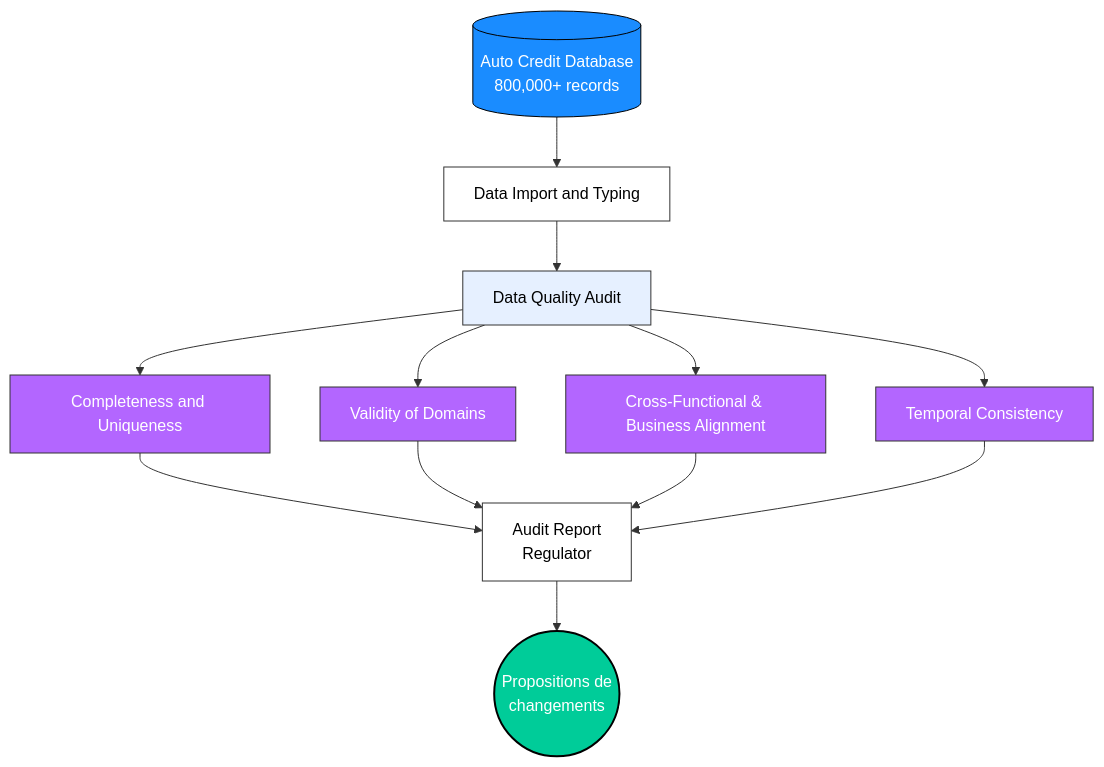
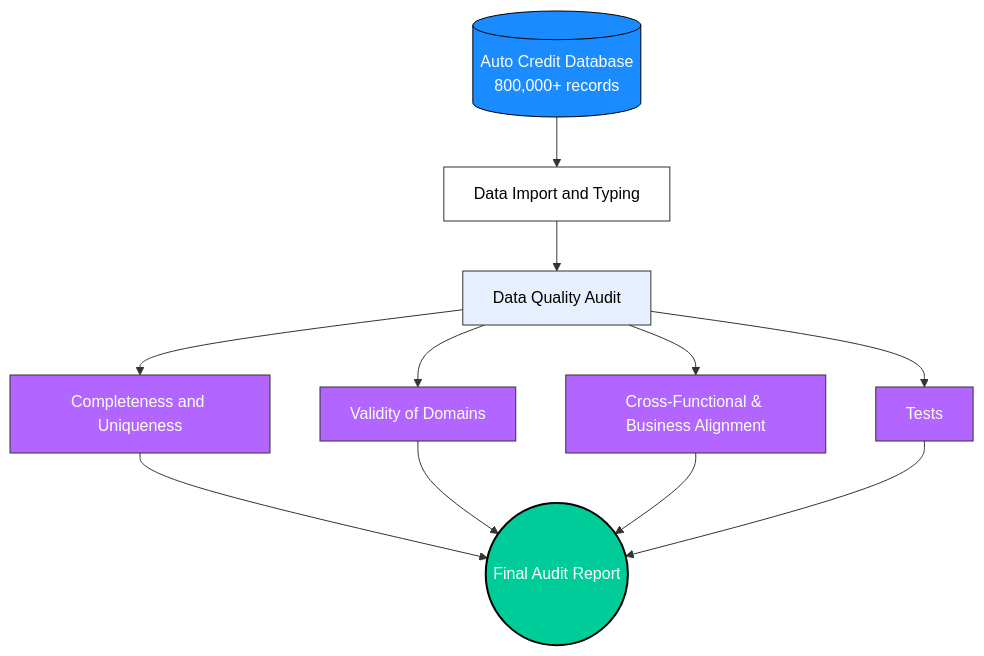
The diagram in README.md (EnzoL987/Credit_Auto_Data_Quality_Audit_Econ), drawn with Mermaid before and after one commit. The commit also changed other lines of this file, not shown here.

First line of the commit message:
Revise audit dimensions and repository structure in README

````diff
--- a/README.md
+++ b/README.md
@@ -17,29 +17,27 @@
 ```mermaid 
 graph TD
     %% Source
     A[(Auto Credit Database <br/> 800,000+ records)]:::blue --> B[Data Import and Typing]:::white
 
     %% Audit des 6 dimensions
     B --> C[Data Quality Audit]:::light
     
     C --> D[Completeness and Uniqueness]:::purple
     C --> E[Validity of Domains]:::purple
     C --> F[Cross-Functional & Business Alignment]:::purple
-    C --> G[Temporal Consistency]:::purple
+    C --> G[Tests]:::purple
 
     %% Rapport
-    D --> H[Audit Report<br/>Regulator]:::white
+    D --> H((Final Audit Report)):::green
     E --> H
     F --> H
     G --> H
 
-    %% Final Deliverable / Recommendations
-    H --> I((Propositions de<br/>changements)):::green
 
     %% Styles
     classDef blue fill:#1a8cff,stroke:#000,stroke-width:1px,color:#fff;
     classDef white fill:#ffffff,stroke:#333,stroke-width:1px,color:#000;
     classDef light fill:#e6f0ff,stroke:#333,stroke-width:1px,color:#000;
     classDef purple fill:#b366ff,stroke:#333,stroke-width:1px,color:#fff;
     classDef green fill:#00cc99,stroke:#000,stroke-width:2px,color:#fff;
 ```
````
